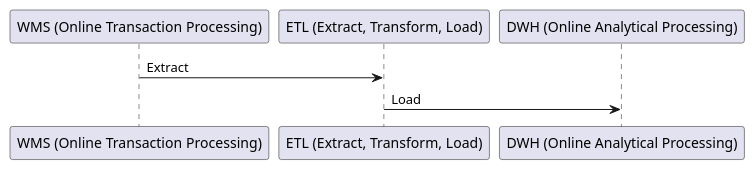
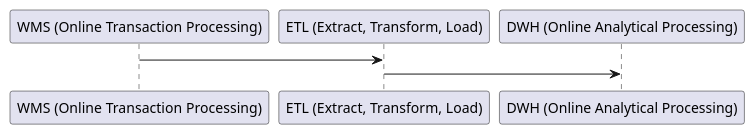
One commit to blro-ep/ITCNE23-SEM-III changed the second of 2 diagrams in Sequenzdiagramm.puml. Above: the diagram before and after it, drawn with PlantUML. The commit also changed 1 other file, not shown here.

Commit message:
update wms

```diff
--- a/Sequenzdiagramm.puml
+++ b/Sequenzdiagramm.puml
@@ -16,8 +16,8 @@
 @startuml oltp_to_olap
 participant "WMS (Online Transaction Processing)" as WMS
 participant "ETL (Extract, Transform, Load)" as ETL
 participant "DWH (Online Analytical Processing)" as DWH
 
-WMS -> ETL: Extract
-ETL -> DWH: Load
+WMS -> ETL:
+ETL -> DWH:
 @enduml
```
